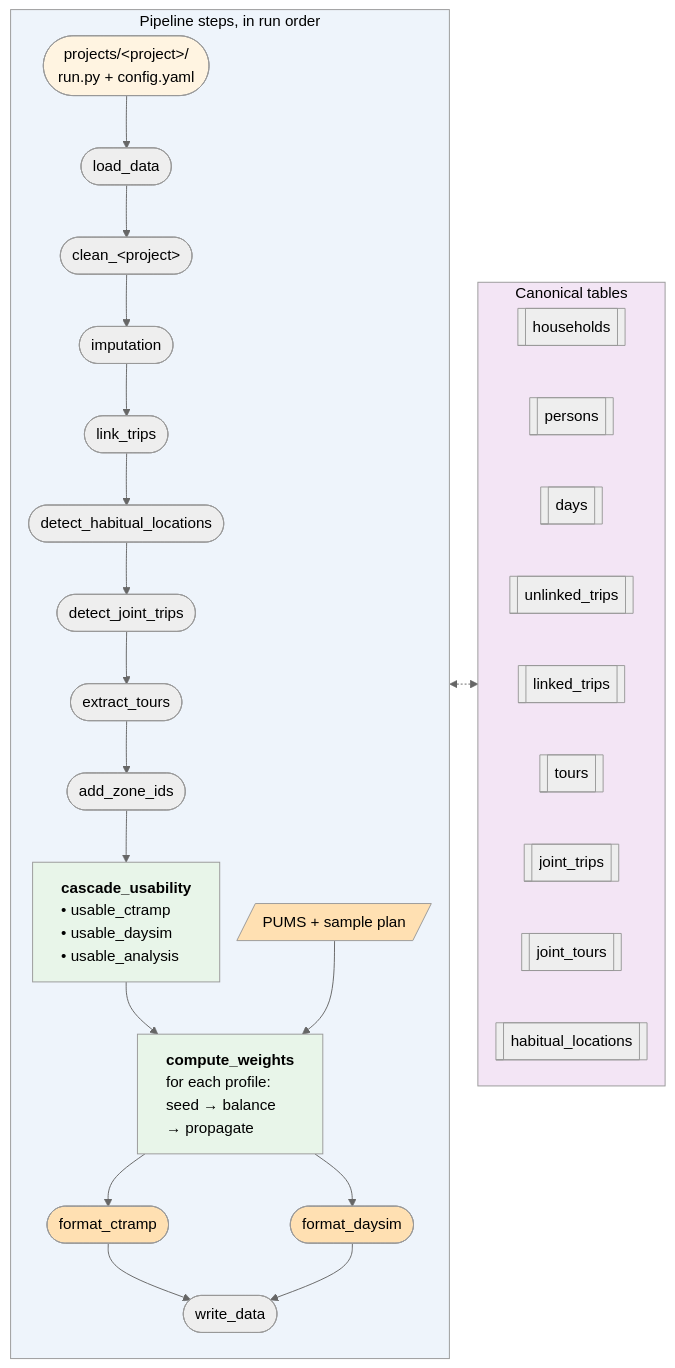
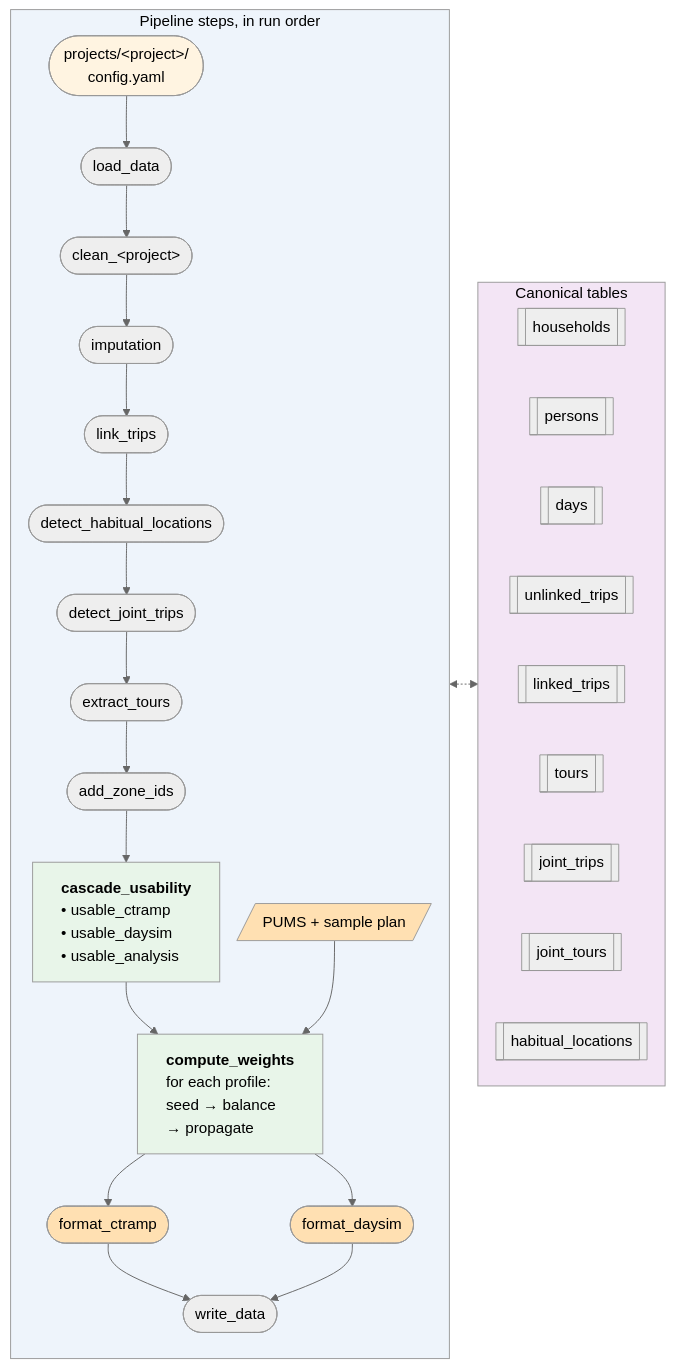
Before and after one commit to BayAreaMetro/travel-diary-survey-tools: the diagram in README.md, drawn with Mermaid (neutral theme). The commit also changed other lines of this file and 2 other files, not shown here.

First line of the commit message:
Docs: run a project with surveypipe; project steps name their file

````diff
--- a/README.md
+++ b/README.md
@@ -67,32 +67,32 @@
 ```mermaid
 %%{init: {"flowchart": {"rankSpacing": 30, "nodeSpacing": 18}}}%%
 flowchart LR
   subgraph Pipeline[Pipeline steps, in run order]
     direction TB
-    Setup(["projects/#lt;project#gt;/<br/>run.py + config.yaml"]) --> Load
+    Setup(["projects/#lt;project#gt;/<br/>config.yaml"]) --> Load
     Load([load_data]) --> Clean(["clean_#lt;project#gt;"]) --> Impute([imputation]) --> Link([link_trips])
     Link --> Hab([detect_habitual_locations]) --> Joint([detect_joint_trips]) --> Tours([extract_tours])
     Tours --> Zones([add_zone_ids]) --> Comp
     Comp["<b>cascade_usability</b><br/>• usable_ctramp<br/>• usable_daysim<br/>• usable_analysis"] --> Weights
     PUMS[/PUMS + sample plan/] --> Weights
     Weights["<b>compute_weights</b><br/>for each profile:<br/>seed → balance<br/>→ propagate"]
     Weights --> CT([format_ctramp]) --> Write([write_data])
     Weights --> DS([format_daysim]) --> Write
   end
 
   subgraph Tables[Canonical tables]
     direction TB
     H[[households]] ~~~ P[[persons]] ~~~ D[[days]] ~~~ U[[unlinked_trips]] ~~~ L[[linked_trips]] ~~~ T[[tours]] ~~~ J[[joint_trips]] ~~~ JT[[joint_tours]] ~~~ HL[[habitual_locations]]
   end
 
   Pipeline <-.-> Tables
 
   style Setup fill:#fff4e1,color:#000
   style Pipeline fill:#eef4fb,stroke:#999,color:#000
   style Tables fill:#f3e5f5,stroke:#999,color:#000
   style PUMS fill:#ffe0b2,color:#000
   style Comp text-align:left,fill:#e8f5e9,color:#000
   style Weights text-align:left,fill:#e8f5e9,color:#000
   style CT fill:#ffe0b2,color:#000
   style DS fill:#ffe0b2,color:#000
 ```
````
